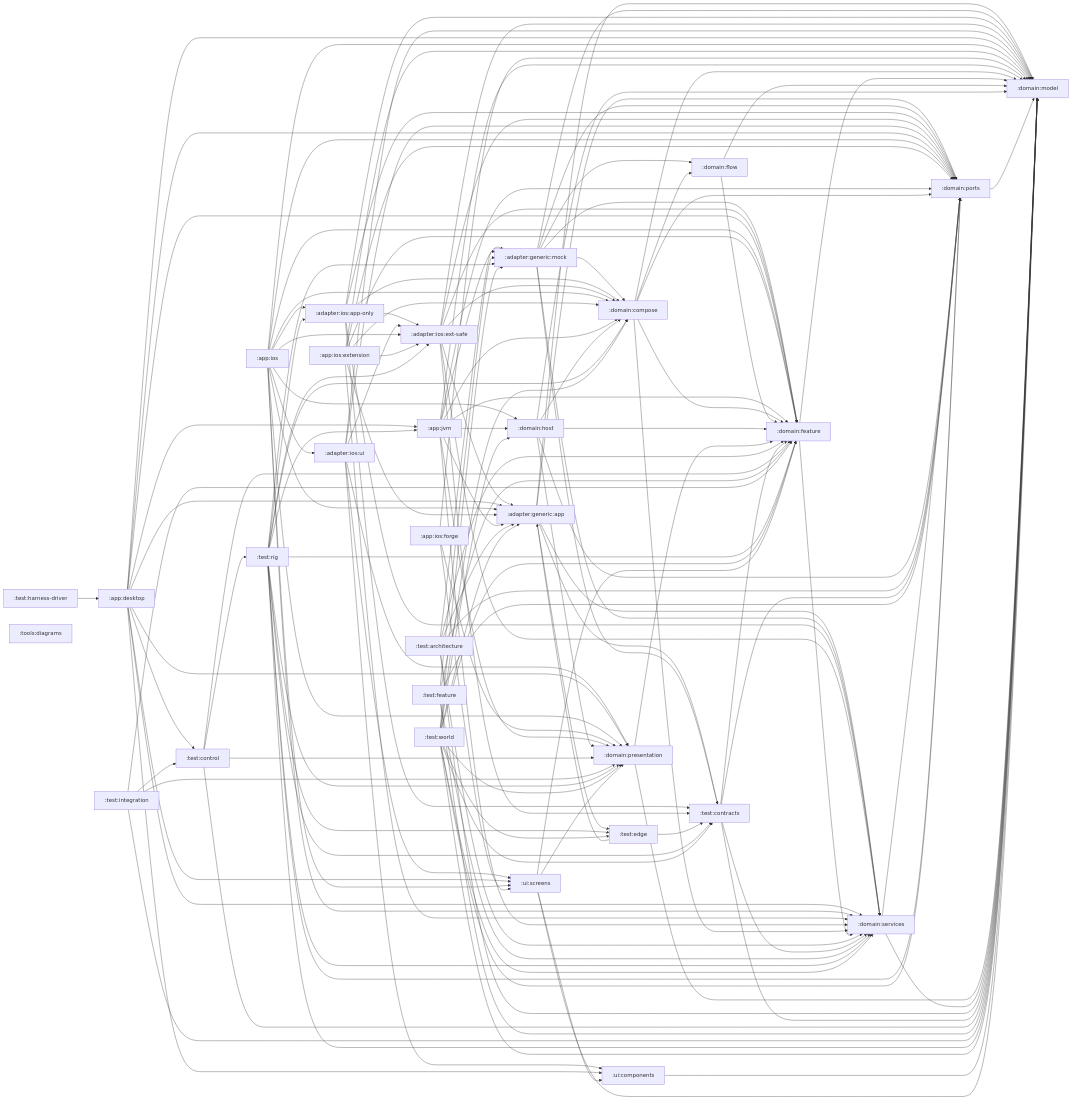
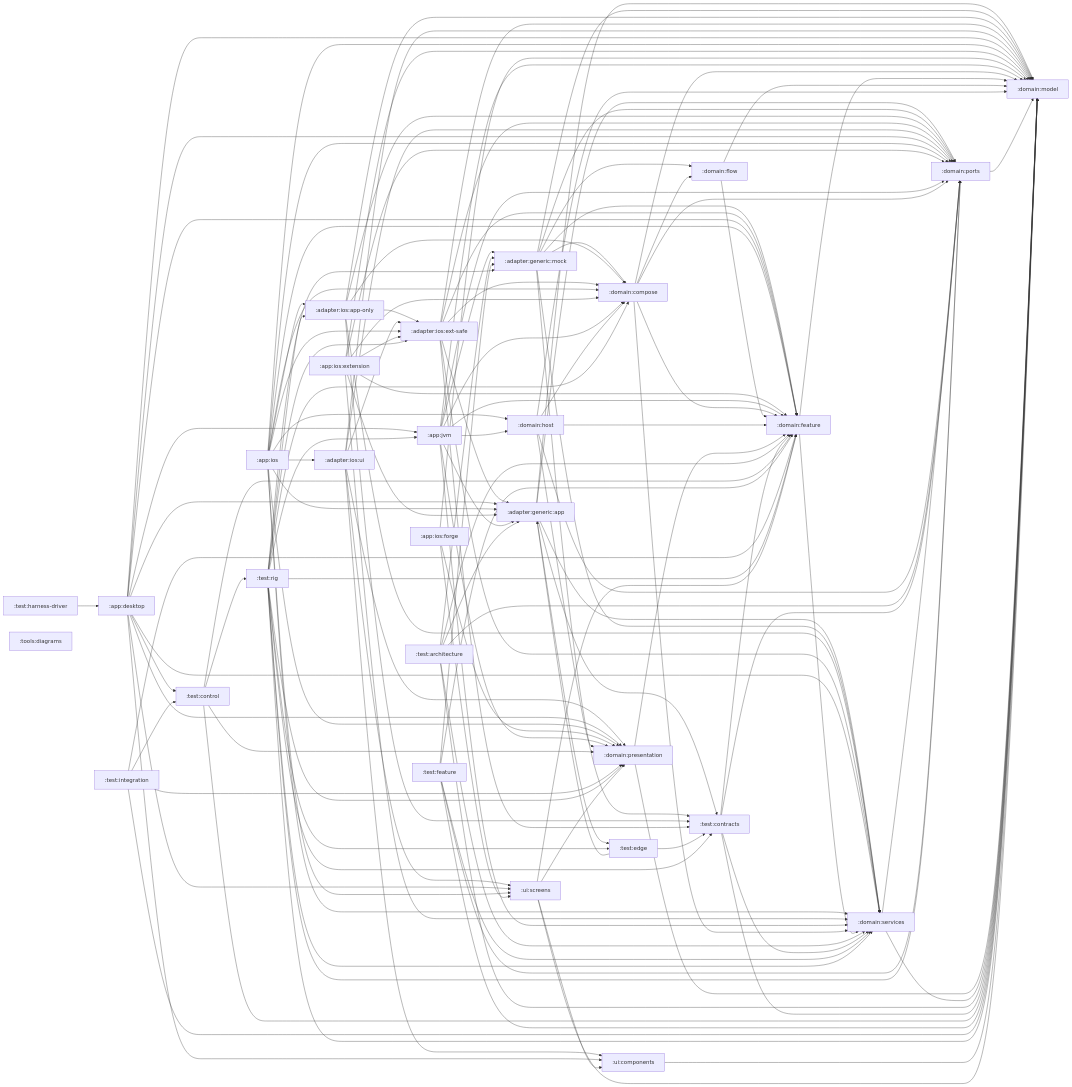
One commit to stefanhoelzl/SnapSync changed the diagram in architecture/modules.md. Above: the diagram before and after it, drawn with Mermaid. The commit also changed 87 other files, not shown here.

```diff
--- a/architecture/modules.md
+++ b/architecture/modules.md
@@ -35,7 +35,6 @@
   test_harness_driver[":test:harness-driver"]
   test_integration[":test:integration"]
   test_rig[":test:rig"]
-  test_world[":test:world"]
   tools_diagrams[":tools:diagrams"]
   ui_components[":ui:components"]
   ui_screens[":ui:screens"]
@@ -168,17 +167,6 @@
   test_rig --> domain_services
   test_rig --> test_contracts
   test_rig --> test_edge
-  test_world --> adapter_generic_app
-  test_world --> adapter_generic_mock
-  test_world --> domain_compose
-  test_world --> domain_feature
-  test_world --> domain_host
-  test_world --> domain_model
-  test_world --> domain_ports
-  test_world --> domain_presentation
-  test_world --> domain_services
-  test_world --> test_contracts
-  test_world --> test_edge
   ui_components --> domain_model
   ui_screens --> domain_feature
   ui_screens --> domain_model
```
